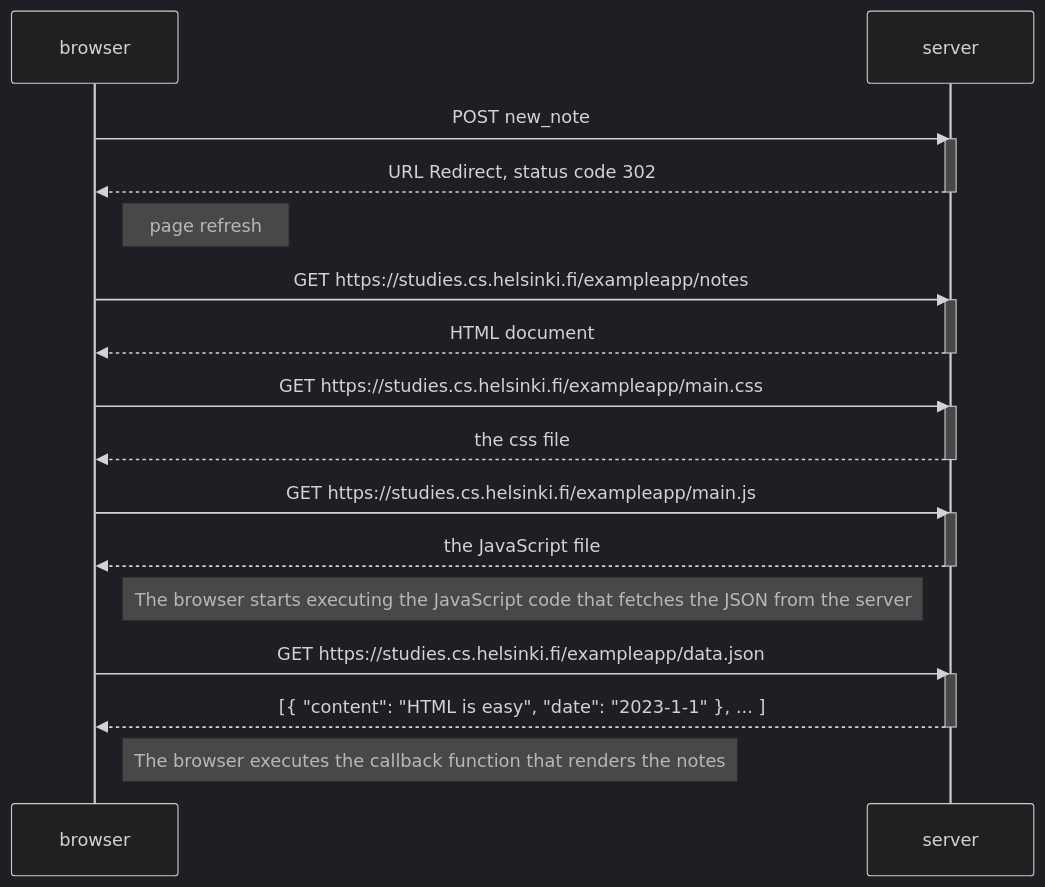
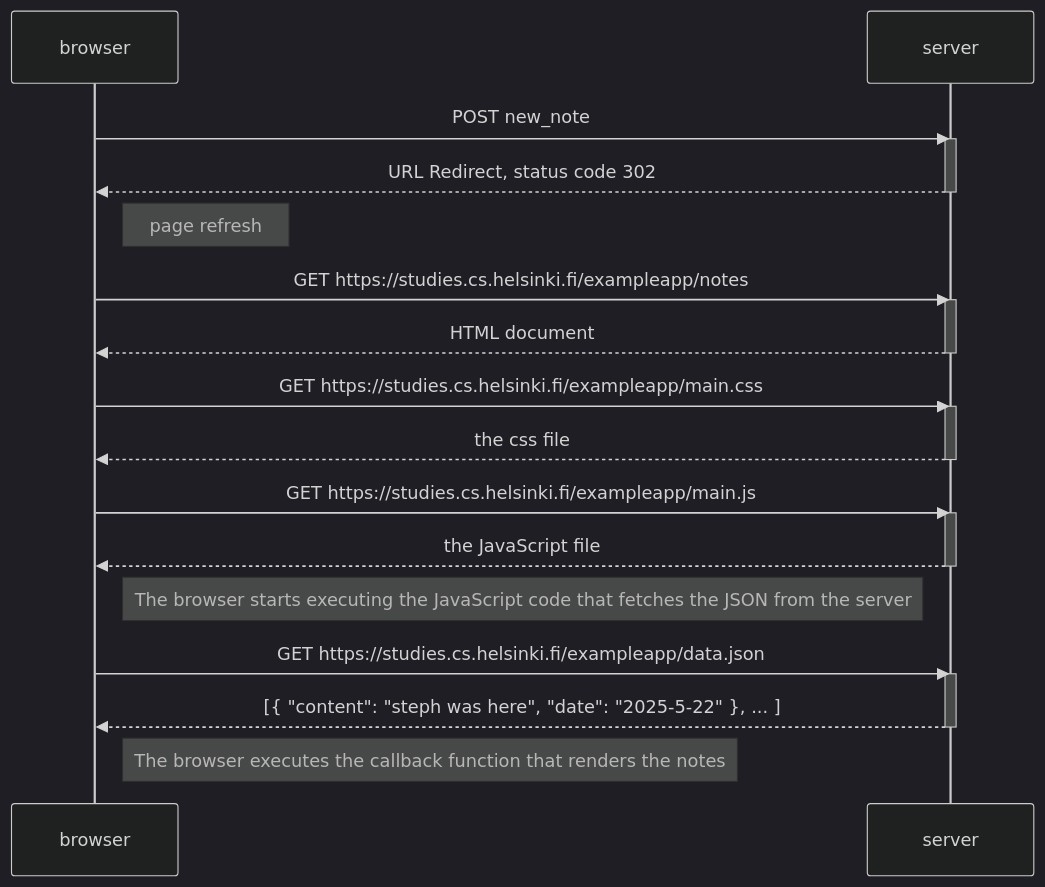
One commit to st9phanie/Fullstack- changed the diagram in sequence_diagram.md. Above: the diagram before and after it, drawn with Mermaid (dark theme).

````diff
--- a/sequence_diagram.md
+++ b/sequence_diagram.md
@@ -1,36 +1,36 @@
 ```mermaid
 sequenceDiagram
     participant browser
     participant server
 
     browser->>server: POST new_note
     activate server
     server-->>browser: URL Redirect, status code 302
     deactivate server
 
     Note right of browser: page refresh
 
     browser->>server: GET https://studies.cs.helsinki.fi/exampleapp/notes
     activate server
     server-->>browser: HTML document
     deactivate server
 
     browser->>server: GET https://studies.cs.helsinki.fi/exampleapp/main.css
     activate server
     server-->>browser: the css file
     deactivate server
 
     browser->>server: GET https://studies.cs.helsinki.fi/exampleapp/main.js
     activate server
     server-->>browser: the JavaScript file
     deactivate server
 
     Note right of browser: The browser starts executing the JavaScript code that fetches the JSON from the server
 
     browser->>server: GET https://studies.cs.helsinki.fi/exampleapp/data.json
     activate server
-    server-->>browser: [{ "content": "HTML is easy", "date": "2023-1-1" }, ... ]
+    server-->>browser: [{ "content": "steph was here", "date": "2025-5-22" }, ... ]
     deactivate server
 
     Note right of browser: The browser executes the callback function that renders the notes
 ```
````
